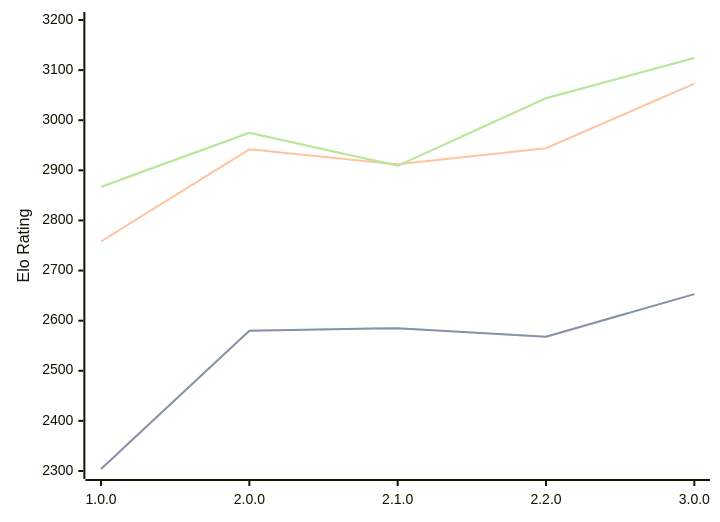
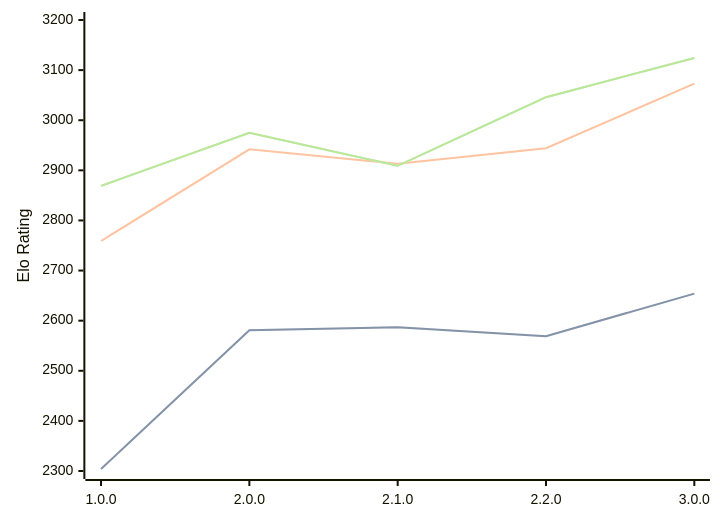
Before and after one commit to computer-chess-index/cci: the third of 3 diagrams in engines/Catalyst.md, drawn with Mermaid. The commit also changed other lines of this file, not shown here.

Commit message:
Update CCI Ratings (ELO VLTC) - 2026-07-14

````diff
--- a/engines/Catalyst.md
+++ b/engines/Catalyst.md
@@ -69,11 +69,11 @@
 ```mermaid
 %%{init: {"theme":"base","themeVariables":{"seriesColors:['#a3a3a3','#222221','#faa371']}}}%%
 xychart-beta
   x-axis ["1.0.0", "2.0.0", "2.1.0", "2.2.0", "3.0.0"]
   y-axis "Elo Rating" 2300 --> 3200
-  line "STC (8.0+0.08s)" [2304, 2580, 2585, 2568, 2653]
-  line "STC (8.0+0.08s)" [2304, 2580, 2585, 2568, 2653]
-  line "LTC (60.0+0.60s)" [2758, 2942, 2912, 2944, 3073]
-  line "VLTC (2m24s+1.12s)" [2867, 2975, 2909, 3044, 3124]
-  line "VLTC (2m24s+1.12s)" [2867, 2975, 2909, 3044, 3124]
+  line "STC (8.0+0.08s)" [2304, 2581, 2587, 2569, 2654]
+  line "STC (8.0+0.08s)" [2304, 2581, 2587, 2569, 2654]
+  line "LTC (60.0+0.60s)" [2759, 2942, 2913, 2944, 3073]
+  line "VLTC (2m24s+1.12s)" [2869, 2975, 2909, 3046, 3124]
+  line "VLTC (2m24s+1.12s)" [2869, 2975, 2909, 3046, 3124]
 ```
````
